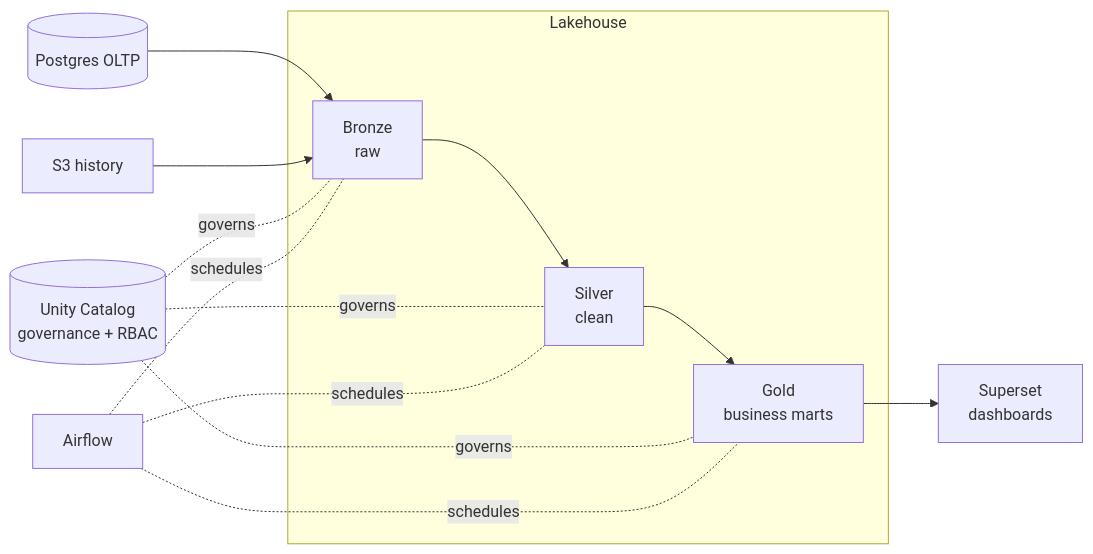
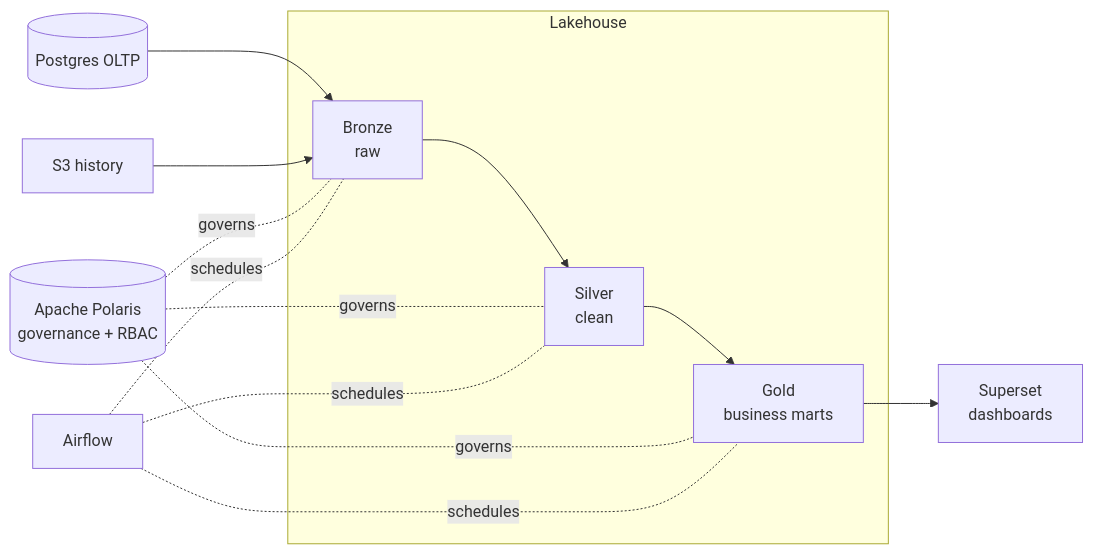
One commit to maarthala/databrick-local-simulator changed the diagram in training/docs/index.md. Above: the diagram before and after it, drawn with Mermaid. The commit also changed other lines of this file and 4 other files, not shown here.

````diff
--- a/training/docs/index.md
+++ b/training/docs/index.md
@@ -7,11 +7,11 @@
 ```mermaid
 flowchart LR
   A[(Postgres OLTP)] --> B
   H[S3 history] --> B
   subgraph Lakehouse
     B[Bronze<br/>raw] --> S[Silver<br/>clean] --> G[Gold<br/>business marts]
   end
   G --> D[Superset<br/>dashboards]
-  UC[(Unity Catalog<br/>governance + RBAC)] -.governs.- B & S & G
+  PC[(Apache Polaris<br/>governance + RBAC)] -.governs.- B & S & G
   AF[Airflow] -.schedules.- B & S & G
 ```
````
